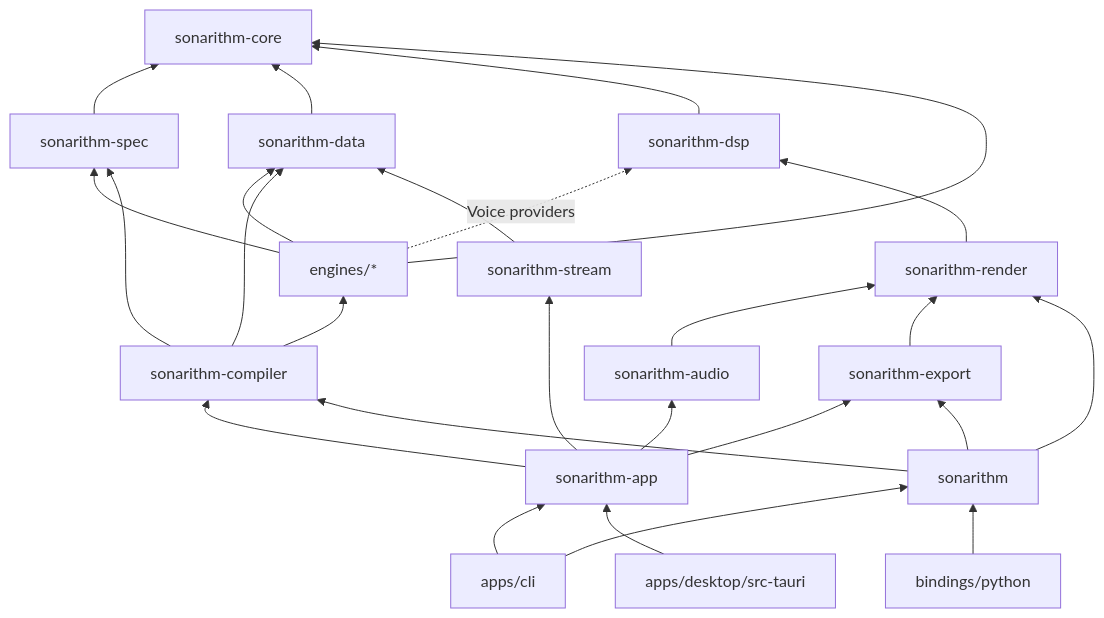
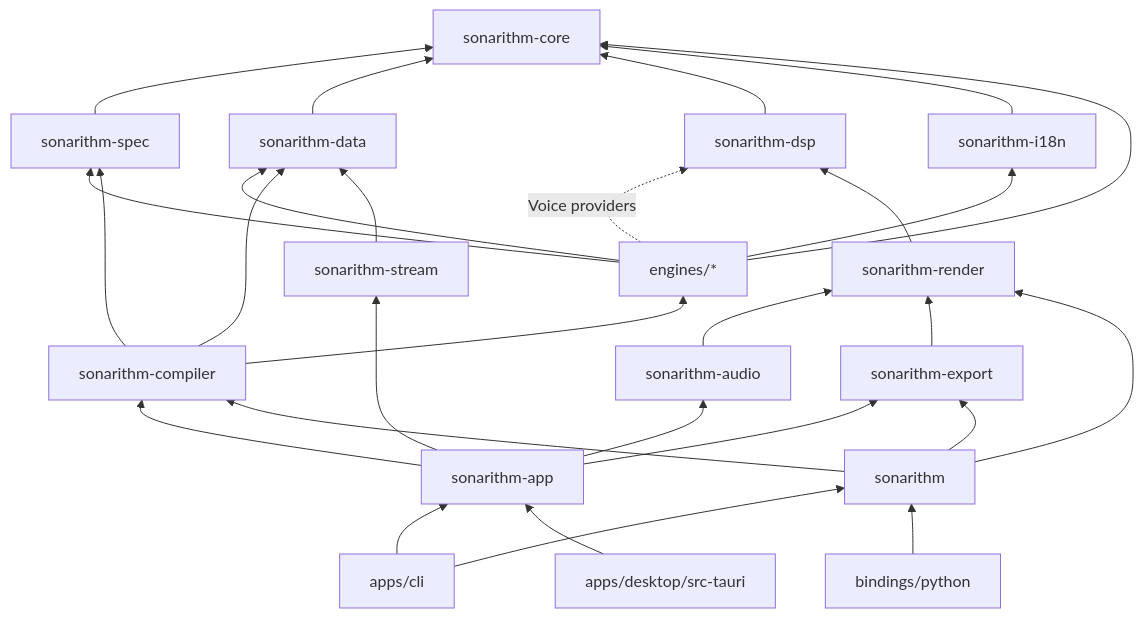
One commit to DuhItzAniket/SONARITHM changed the diagram in docs/architecture/02-repository-and-crate-layout.md. Above: the diagram before and after it, drawn with Mermaid. The commit also changed other lines of this file and 46 other files, not shown here.

````diff
--- a/docs/architecture/02-repository-and-crate-layout.md
+++ b/docs/architecture/02-repository-and-crate-layout.md
@@ -104,19 +107,20 @@
 ```mermaid
 flowchart BT
   core[sonarithm-core]
   spec[sonarithm-spec] --> core
   data[sonarithm-data] --> core
   dsp[sonarithm-dsp] --> core
-  engines[engines/*] --> core & spec & data
+  i18n[sonarithm-i18n] --> core
+  engines[engines/*] --> core & spec & data & i18n
   engines -. Voice providers .-> dsp
   compiler[sonarithm-compiler] --> spec & data & engines
   render[sonarithm-render] --> dsp
   audio[sonarithm-audio] --> render
   export[sonarithm-export] --> render
   stream[sonarithm-stream] --> data
   app[sonarithm-app] --> compiler & audio & export & stream
   facade[sonarithm] --> compiler & render & export
   cli[apps/cli] --> app & facade
   desktop[apps/desktop/src-tauri] --> app
   py[bindings/python] --> facade
 ```
````
